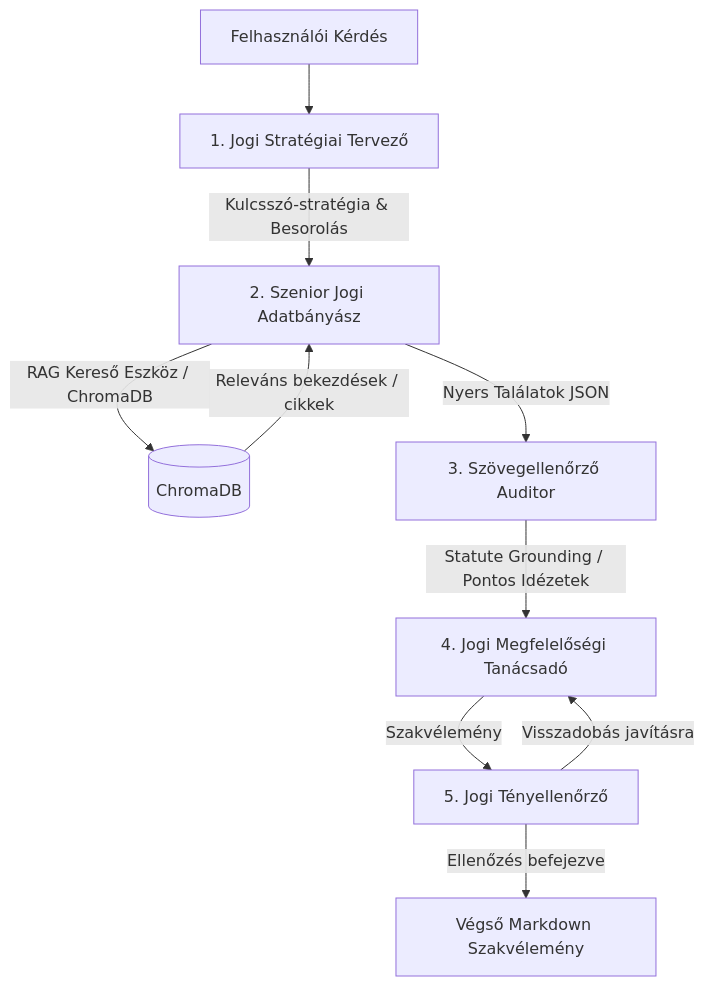
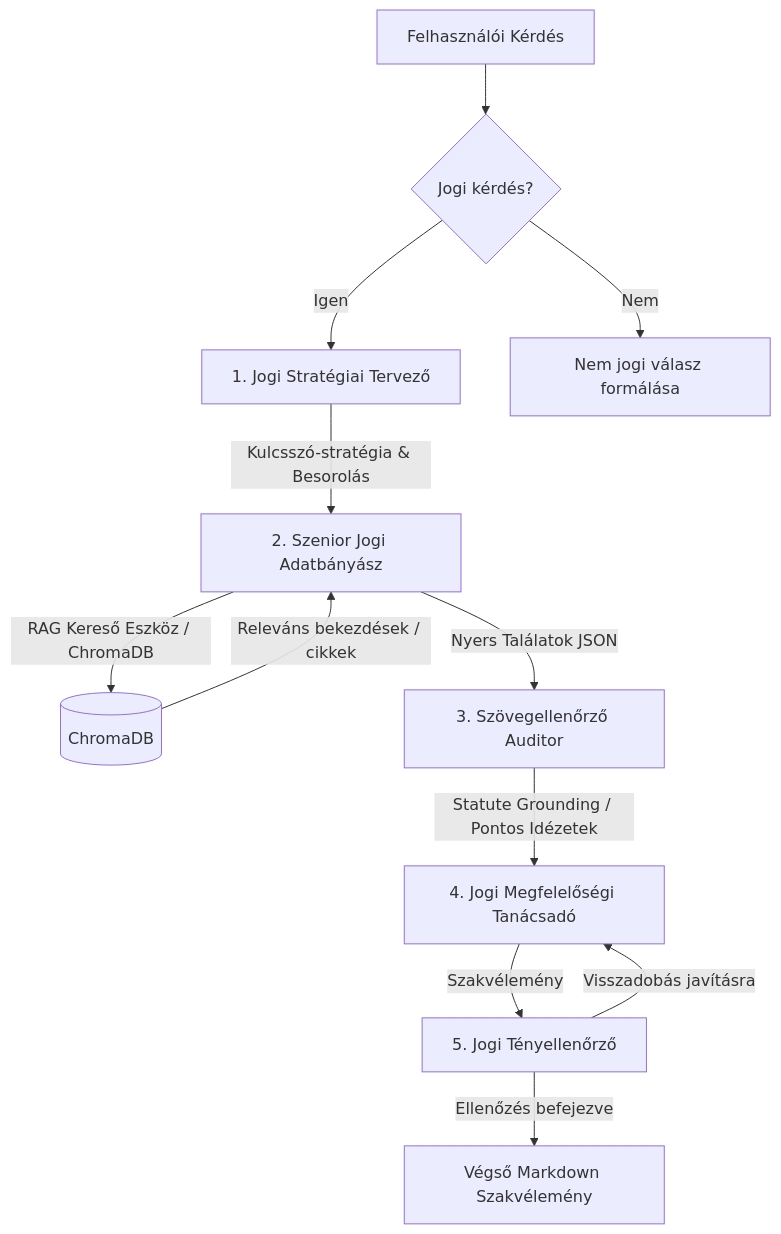
Before and after one commit to LeventeTasy/jogi-agent-rag: the diagram in README.md, drawn with Mermaid.

Commit message:
Update flowchart in README for legal query handling

````diff
--- a/README.md
+++ b/README.md
@@ -22,12 +22,14 @@
 ```mermaid
 graph TD
-    Question[Felhasználói Kérdés] --> Strategist[1. Jogi Stratégiai Tervező]
+    Question[Felhasználói Kérdés] --> Router{Jogi kérdés?}
+    Router -->|Igen| Strategist[1. Jogi Stratégiai Tervező]
+    Router -->|Nem| NonLegal[Nem jogi válasz formálása]
     Strategist --> |Kulcsszó-stratégia & Besorolás| Researcher[2. Szenior Jogi Adatbányász]
     Researcher --> |RAG Kereső Eszköz / ChromaDB| VectorDB[(ChromaDB)]
     VectorDB --> |Releváns bekezdések / cikkek| Researcher
     Researcher --> |Nyers Találatok JSON| Verifier[3. Szövegellenőrző Auditor]
     Verifier --> |Statute Grounding / Pontos Idézetek| Advisor[4. Jogi Megfelelőségi Tanácsadó]
     Advisor --> |Szakvélemény| FactChecker[5. Jogi Tényellenőrző]
     FactChecker --> |"Visszadobás javításra"| Advisor
     FactChecker --> |"Ellenőzés befejezve"| FinalReport[Végső Markdown Szakvélemény]
 ```
````
